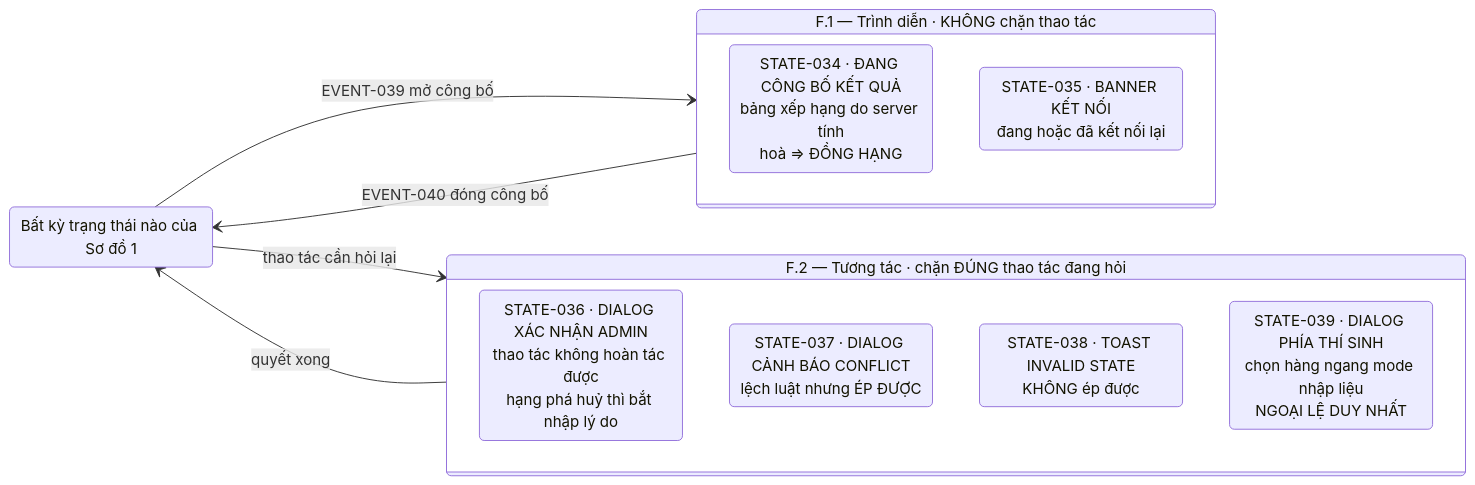
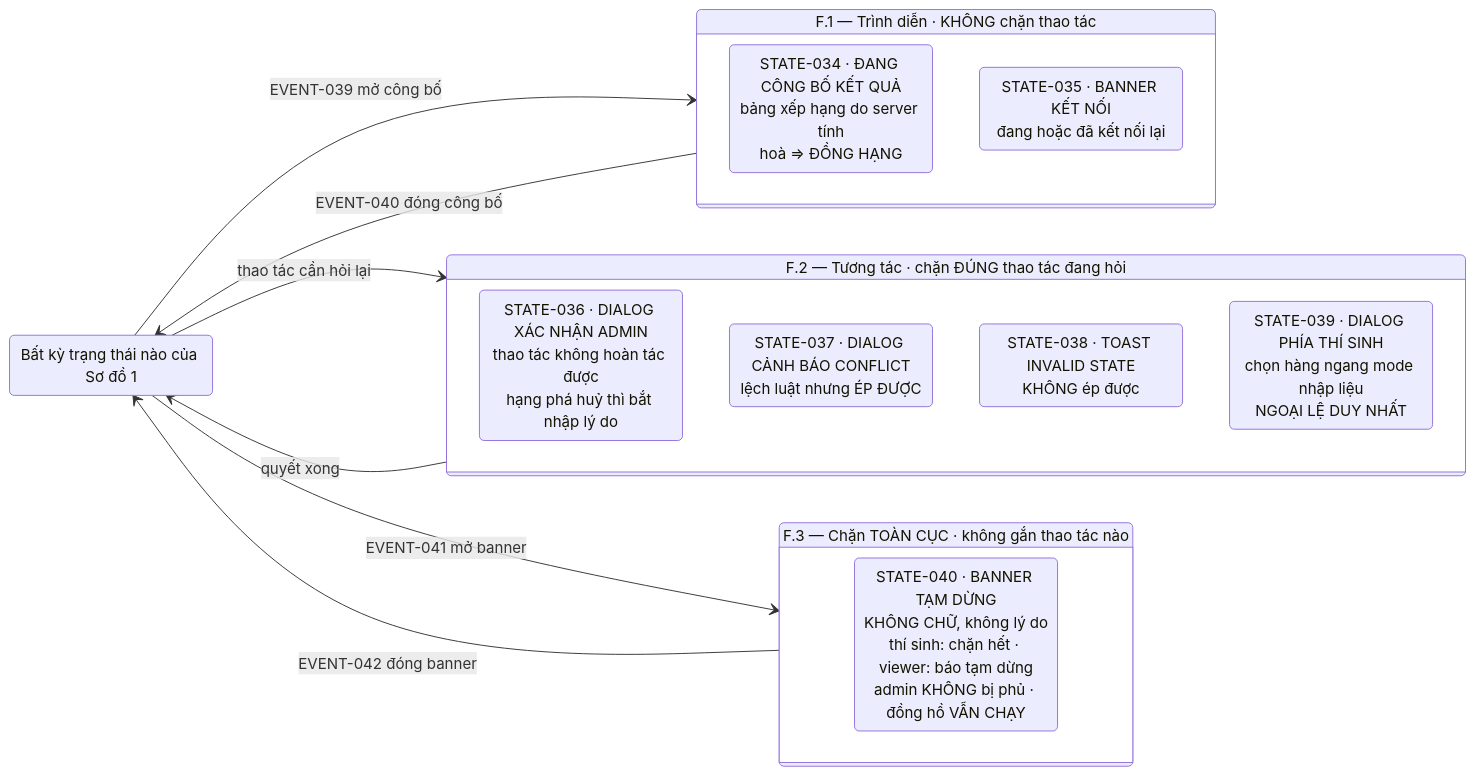
Before and after one commit to Noboroto/KnowledgeDome: the seventh of 7 diagrams in docs/game-state-machine.md, drawn with Mermaid. The commit also changed other lines of this file and 1 other file, not shown here.

````diff
--- a/docs/game-state-machine.md
+++ b/docs/game-state-machine.md
@@ -188,19 +215,24 @@
 ```mermaid
 stateDiagram-v2
   direction LR
   state "Bất kỳ trạng thái nào của Sơ đồ 1" as BASE
   state "F.1 — Trình diễn · KHÔNG chặn thao tác" as F1 {
     S034: STATE-034 · ĐANG CÔNG BỐ KẾT QUẢ<br/>bảng xếp hạng do server tính<br/>hoà ⇒ ĐỒNG HẠNG
     S035: STATE-035 · BANNER KẾT NỐI<br/>đang hoặc đã kết nối lại
   }
   state "F.2 — Tương tác · chặn ĐÚNG thao tác đang hỏi" as F2 {
     S036: STATE-036 · DIALOG XÁC NHẬN ADMIN<br/>thao tác không hoàn tác được<br/>hạng phá huỷ thì bắt nhập lý do
     S037: STATE-037 · DIALOG CẢNH BÁO CONFLICT<br/>lệch luật nhưng ÉP ĐƯỢC
     S038: STATE-038 · TOAST INVALID STATE<br/>KHÔNG ép được
     S039: STATE-039 · DIALOG PHÍA THÍ SINH<br/>chọn hàng ngang mode nhập liệu<br/>NGOẠI LỆ DUY NHẤT
   }
+  state "F.3 — Chặn TOÀN CỤC · không gắn thao tác nào" as F3 {
+    S040: STATE-040 · BANNER TẠM DỪNG<br/>KHÔNG CHỮ, không lý do<br/>thí sinh: chặn hết · viewer: báo tạm dừng<br/>admin KHÔNG bị phủ · đồng hồ VẪN CHẠY
+  }
   BASE --> F1: EVENT-039 mở công bố
   F1 --> BASE: EVENT-040 đóng công bố
   BASE --> F2: thao tác cần hỏi lại
   F2 --> BASE: quyết xong
+  BASE --> F3: EVENT-041 mở banner
+  F3 --> BASE: EVENT-042 đóng banner
 ```
````
